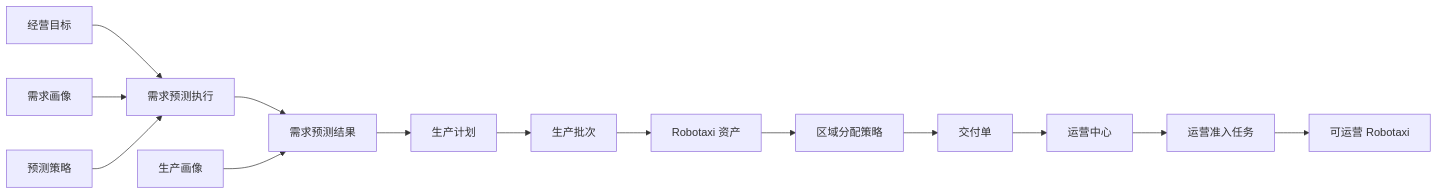
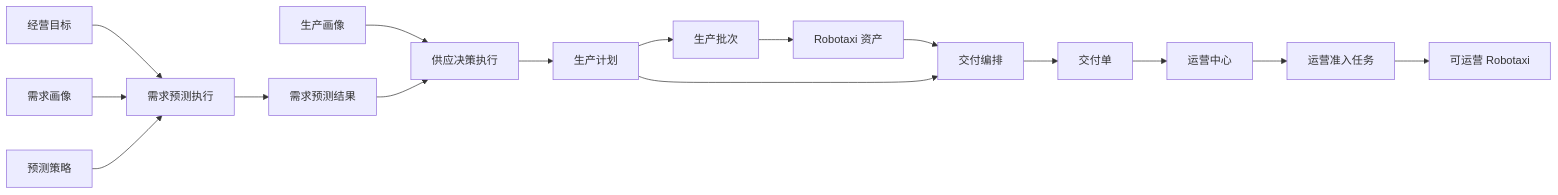
One commit to Chizheng4/robotaxi changed the diagram in doc/04-fleet-supply-management/00-fleet-supply-management-overview.md. Above: the diagram before and after it, drawn with Mermaid. The commit also changed other lines of this file and 35 other files, not shown here.

````diff
--- a/doc/04-fleet-supply-management/00-fleet-supply-management-overview.md
+++ b/doc/04-fleet-supply-management/00-fleet-supply-management-overview.md
@@ -9,16 +9,18 @@
 ```mermaid
 flowchart LR
   A["经营目标"] --> D["需求预测执行"]
   B["需求画像"] --> D
   C["预测策略"] --> D
   D --> E["需求预测结果"]
-  F["生产画像"] --> E
-  E --> G["生产计划"]
+  F["生产画像"] --> S["供应决策执行"]
+  E --> S
+  S --> G["生产计划"]
   G --> H["生产批次"]
   H --> I["Robotaxi 资产"]
-  I --> J["区域分配策略"]
+  I --> J["交付编排"]
+  G --> J
   J --> K["交付单"]
   K --> L["运营中心"]
   L --> M["运营准入任务"]
   M --> N["可运营 Robotaxi"]
 ```
````
